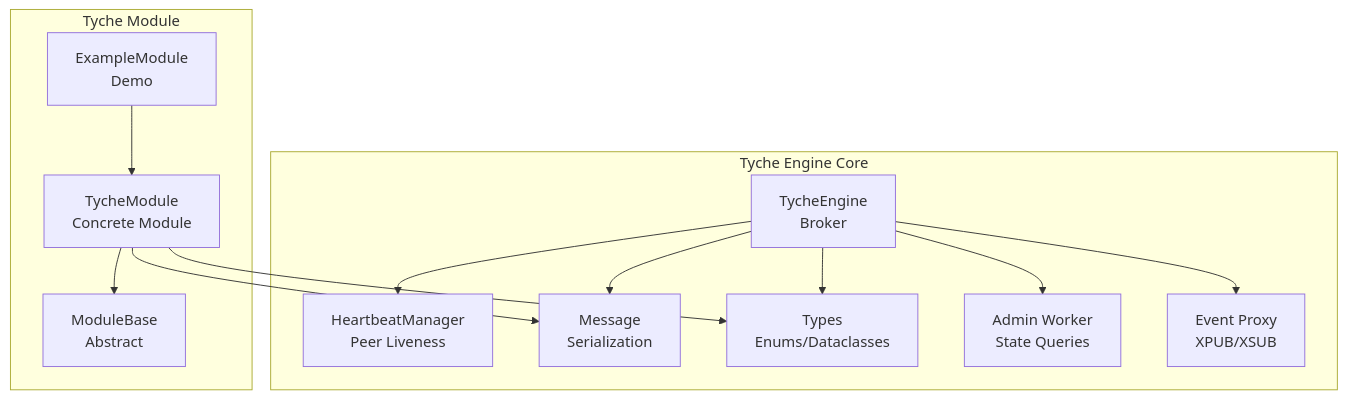
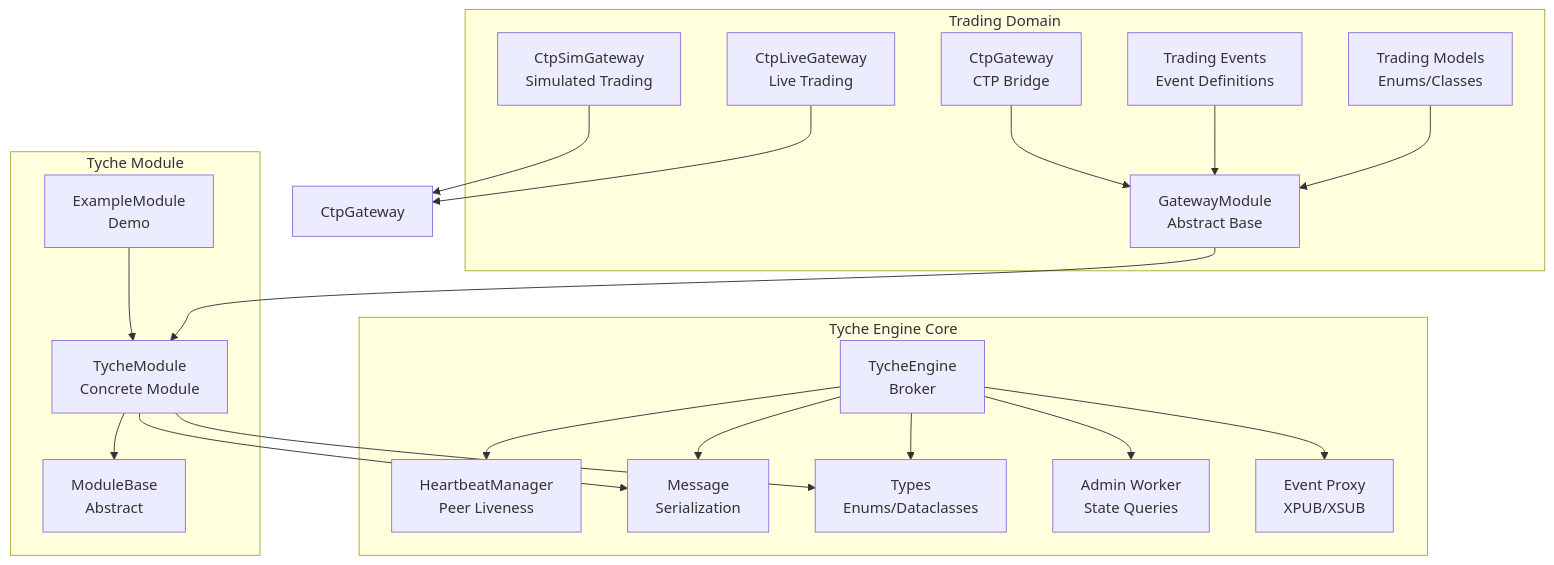
One commit to zt281/TycheEngine changed the first of 9 diagrams in .qoder/repowiki/en/content/Core Components/Core Components.md. Above: the diagram before and after it, drawn with Mermaid. The commit also changed other lines of this file and 4 other files, not shown here.

````diff
--- a/.qoder/repowiki/en/content/Core Components/Core Components.md
+++ b/.qoder/repowiki/en/content/Core Components/Core Components.md
@@ -55,25 +67,39 @@
 ```mermaid
 graph TB
 subgraph "Tyche Engine Core"
 Engine["TycheEngine<br/>Broker"]
 HBMgr["HeartbeatManager<br/>Peer Liveness"]
 Msg["Message<br/>Serialization"]
 Types["Types<br/>Enums/Dataclasses"]
 Admin["Admin Worker<br/>State Queries"]
 EventProxy["Event Proxy<br/>XPUB/XSUB"]
 end
 subgraph "Tyche Module"
 ModBase["ModuleBase<br/>Abstract"]
 TycheMod["TycheModule<br/>Concrete Module"]
 ExMod["ExampleModule<br/>Demo"]
 end
+subgraph "Trading Domain"
+GatewayBase["GatewayModule<br/>Abstract Base"]
+CTPGateway["CtpGateway<br/>CTP Bridge"]
+CTPSim["CtpSimGateway<br/>Simulated Trading"]
+CTPLive["CtpLiveGateway<br/>Live Trading"]
+Events["Trading Events<br/>Event Definitions"]
+Models["Trading Models<br/>Enums/Classes"]
+end
 Engine --> HBMgr
 Engine --> Msg
 Engine --> Types
 Engine --> Admin
 Engine --> EventProxy
 TycheMod --> ModBase
 TycheMod --> Msg
 TycheMod --> Types
 ExMod --> TycheMod
+GatewayBase --> TycheMod
+CTPGateway --> GatewayBase
+CTPSim --> CtpGateway
+CTPLive --> CtpGateway
+Events --> GatewayBase
+Models --> GatewayBase
 ```
````
